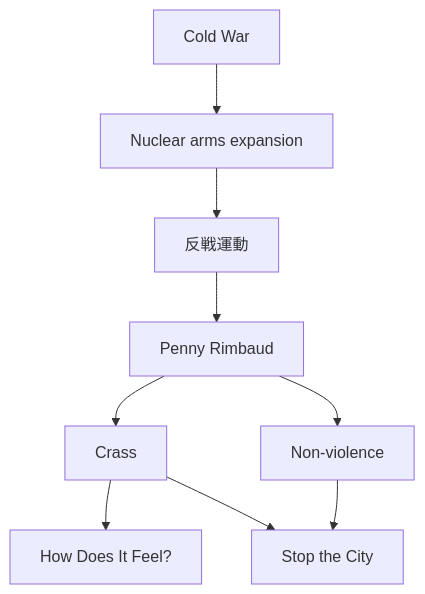
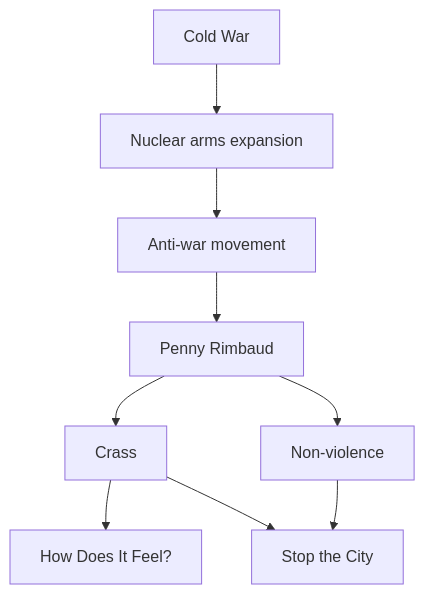
The fourth of 10 diagrams in en/_posts/2026-07-13-column-penny-rimbaud.md (monumental-movement/monumental-movement.github.io), drawn with Mermaid before and after one commit. The commit also changed other lines of this file and 851 other files, not shown here.

```diff
--- a/en/_posts/2026-07-13-column-penny-rimbaud.md
+++ b/en/_posts/2026-07-13-column-penny-rimbaud.md
@@ -681,21 +681,21 @@
 <div class="mermaid">
 graph TD
 
 A["Cold War"]
 B["Nuclear arms expansion"]
-C["反戦運動"]
+C["Anti-war movement"]
 D["Penny Rimbaud"]
 E["Crass"]
 F["How Does It Feel?"]
 G["Stop the City"]
 H["Non-violence"]
 
 A --> B
 B --> C
 C --> D
 D --> E
 E --> F
 E --> G
 D --> H
 H --> G
 </div>
```
